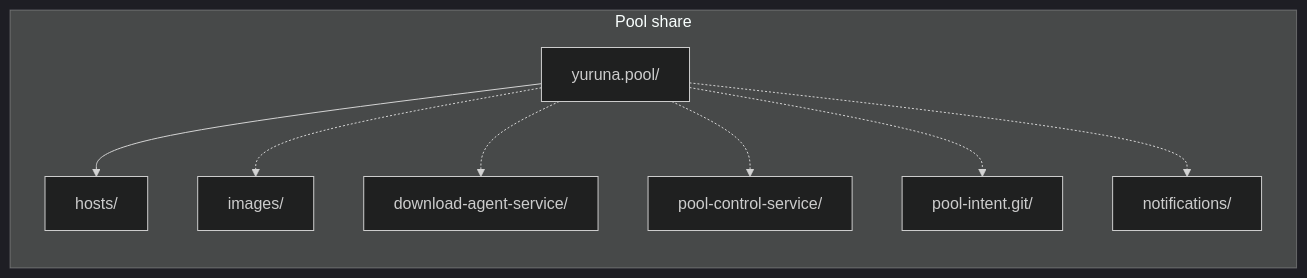
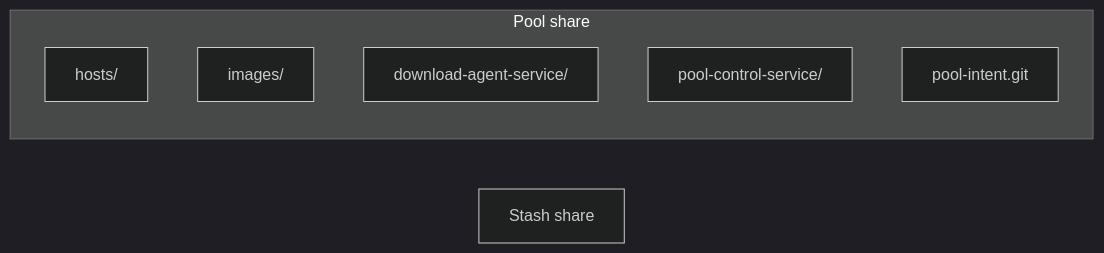
One commit to alissonsol/yuruna changed the fifth of 5 diagrams in docs/design/03-data-flows.md. Above: the diagram before and after it, drawn with Mermaid (dark theme). The commit also changed other lines of this file and 901 other files, not shown here.

````diff
--- a/docs/design/03-data-flows.md
+++ b/docs/design/03-data-flows.md
@@ -362,26 +221,12 @@
 ```mermaid
 flowchart LR
-  %% optional -- pool storage is independently configured
-  subgraph pool-share["Pool share"]
-    pool-root["yuruna.pool/"]
-    host-records["hosts/"]
-    image-store["images/"]
-    download-agent-state["download-agent-service/"]
-    pool-control-state["pool-control-service/"]
-    pool-intent-store["pool-intent.git/"]
-    %% optional -- the notifier controls this spool
-    notification-state["notifications/"]
-
-    pool-root --> host-records
-    %% optional -- download agent owns image data
-    pool-root -.-> image-store
-    %% optional -- download agent owns service state
-    pool-root -.-> download-agent-state
-    %% optional -- pool control owns service state
-    pool-root -.-> pool-control-state
-    %% optional -- pool control owns intent data
-    pool-root -.-> pool-intent-store
-    %% optional -- notifier owns its spool
-    pool-root -.-> notification-state
-  end
+    subgraph pool-share["Pool share"]
+        direction TB
+        hosts["hosts/"]
+        images["images/"]
+        download-agent-service["download-agent-service/"]
+        pool-control-service["pool-control-service/"]
+        pool-intent-git["pool-intent.git"]
+    end
+    stash-share["Stash share"]
 ```
````
